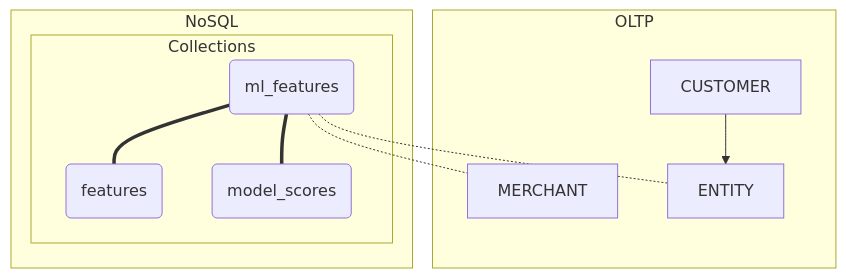
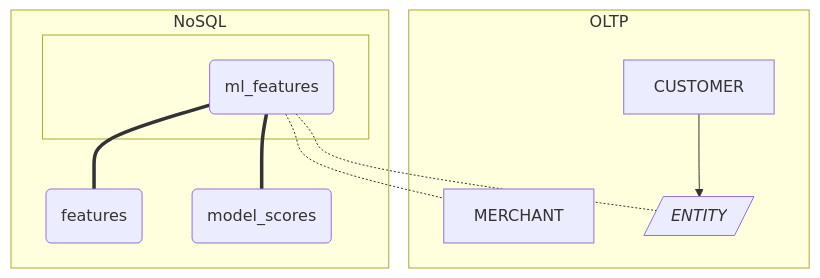
Before and after one commit to nicolaspichon-git/jedha-data-scientist-lead-bloc2--stripe-project: the diagram in sources/diagrams/stripe-project--d1-data-architecture--diagram-6-3--nosql-model-3.md, drawn with Mermaid. The commit also changed other lines of this file and 33 other files, not shown here.

````diff
--- a/sources/diagrams/stripe-project--d1-data-architecture--diagram-6-3--nosql-model-3.md
+++ b/sources/diagrams/stripe-project--d1-data-architecture--diagram-6-3--nosql-model-3.md
@@ -16,24 +17,23 @@
 ```mermaid
 flowchart TB
     subgraph OLTP["OLTP"]
         MERCHANT
         CUSTOMER
-        ENTITY
+        ENTITY[/"<i>ENTITY</i>"/]
     end 
 
     subgraph NOSQL["NoSQL"]
-        subgraph COLLECTIONS["Collections"]
+        subgraph COLLS[" "]
             C_ML_FEATURES("ml_features")
-            C_MLF_FEATURES("features")
-            C_MLF_SCORES("model_scores")
         end
-
+        C_MLF_FEATURES("features")
+        C_MLF_SCORES("model_scores")
     end
 
     C_ML_FEATURES === C_MLF_FEATURES
     C_ML_FEATURES === C_MLF_SCORES
     
     CUSTOMER --> ENTITY  
     C_ML_FEATURES -.- ENTITY
     C_ML_FEATURES -.- MERCHANT
 ```
````
